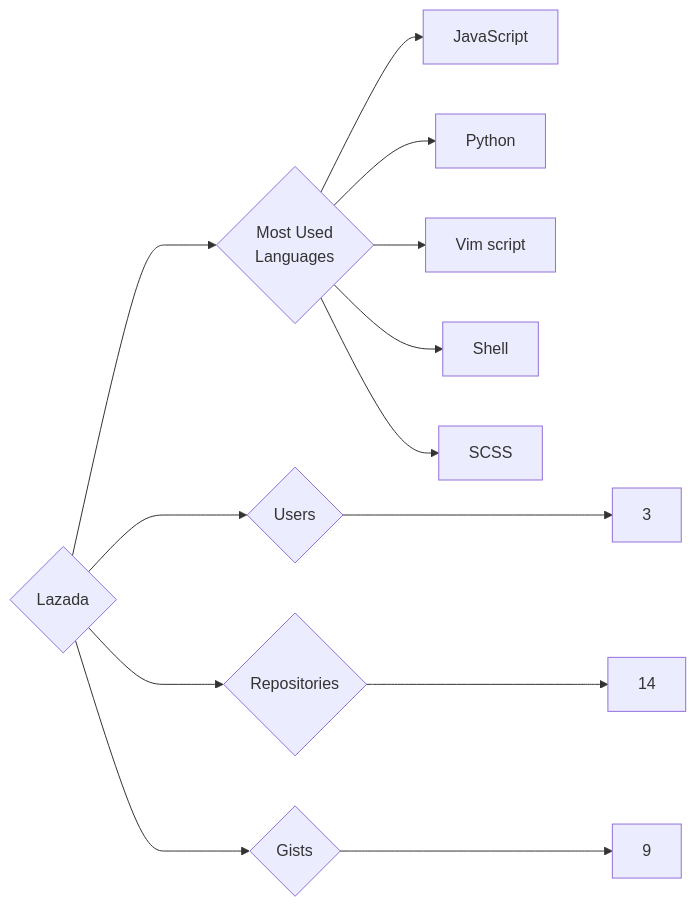
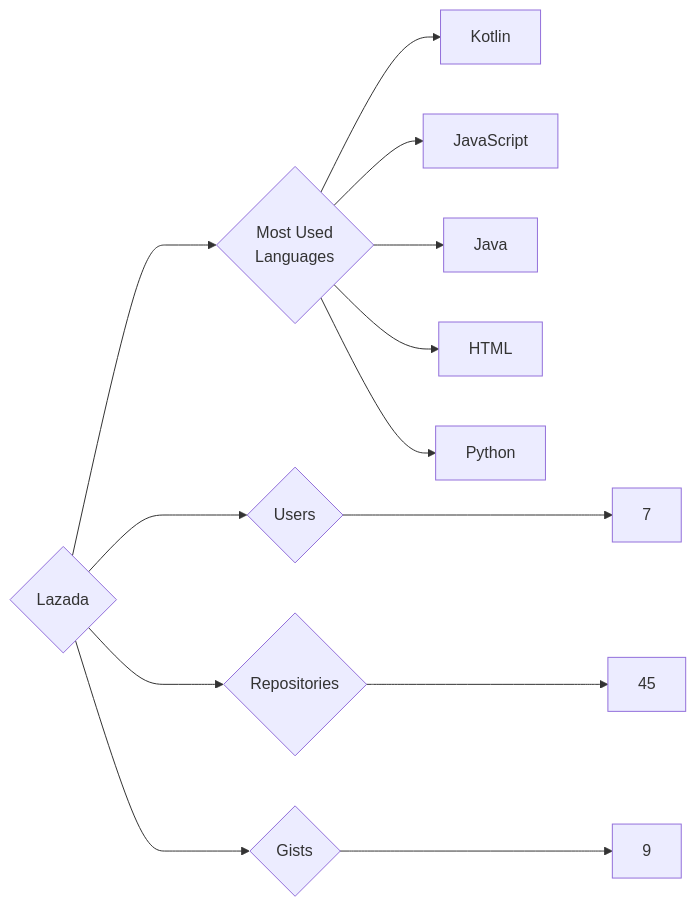
Before and after one commit to trickest/insiders: the diagram in targets/Lazada/README.md, drawn with Mermaid. The commit also changed 823 other files, not shown here.

````diff
--- a/targets/Lazada/README.md
+++ b/targets/Lazada/README.md
@@ -3,13 +3,13 @@
 ```mermaid
 graph LR
 COMPANY_NAME{Lazada}
-COMPANY_NAME ---> U{Users} ---> UN[3]
-COMPANY_NAME ---> R{Repositories} ---> RN[14]
+COMPANY_NAME ---> U{Users} ---> UN[7]
+COMPANY_NAME ---> R{Repositories} ---> RN[45]
 COMPANY_NAME ---> G{Gists} ---> GN[9]
 COMPANY_NAME ---> ML{Most Used<br>Languages}
+ML --> Kotlin[Kotlin]
 ML --> JavaScript[JavaScript]
+ML --> Java[Java]
+ML --> HTML[HTML]
 ML --> Python[Python]
-ML --> Vim_script[Vim script]
-ML --> Shell[Shell]
-ML --> SCSS[SCSS]
 ```
````
